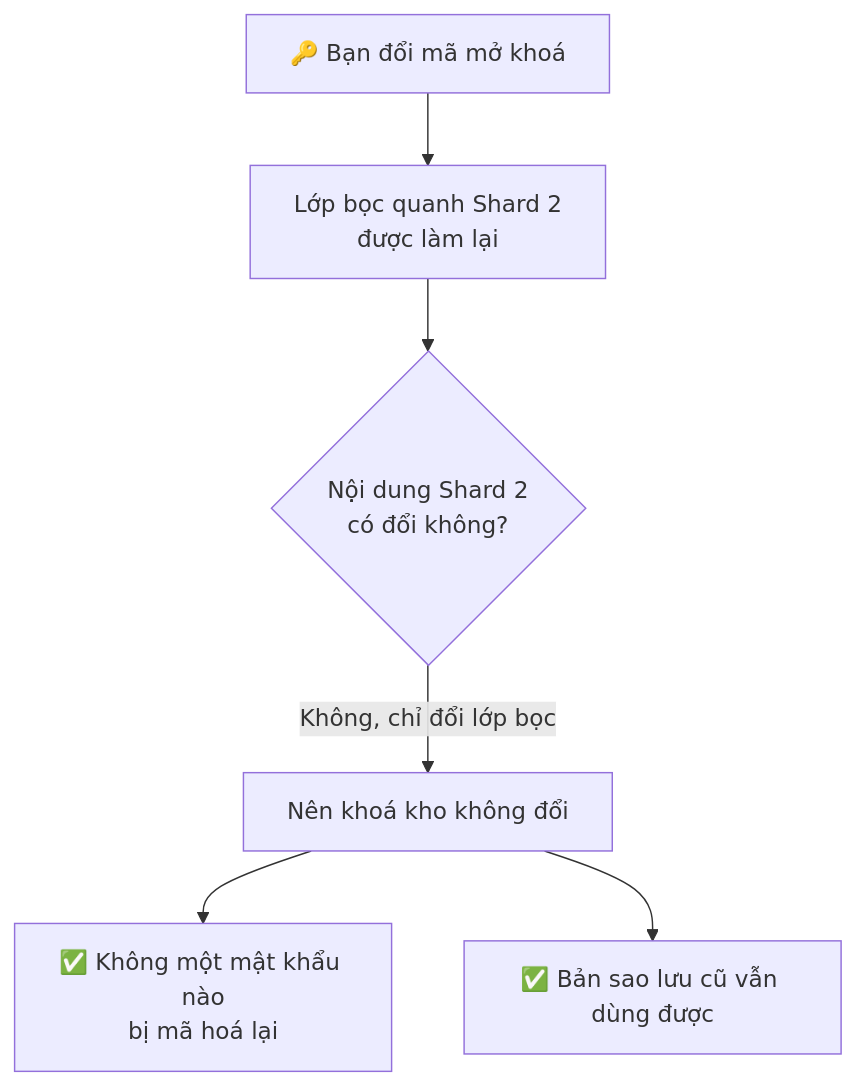
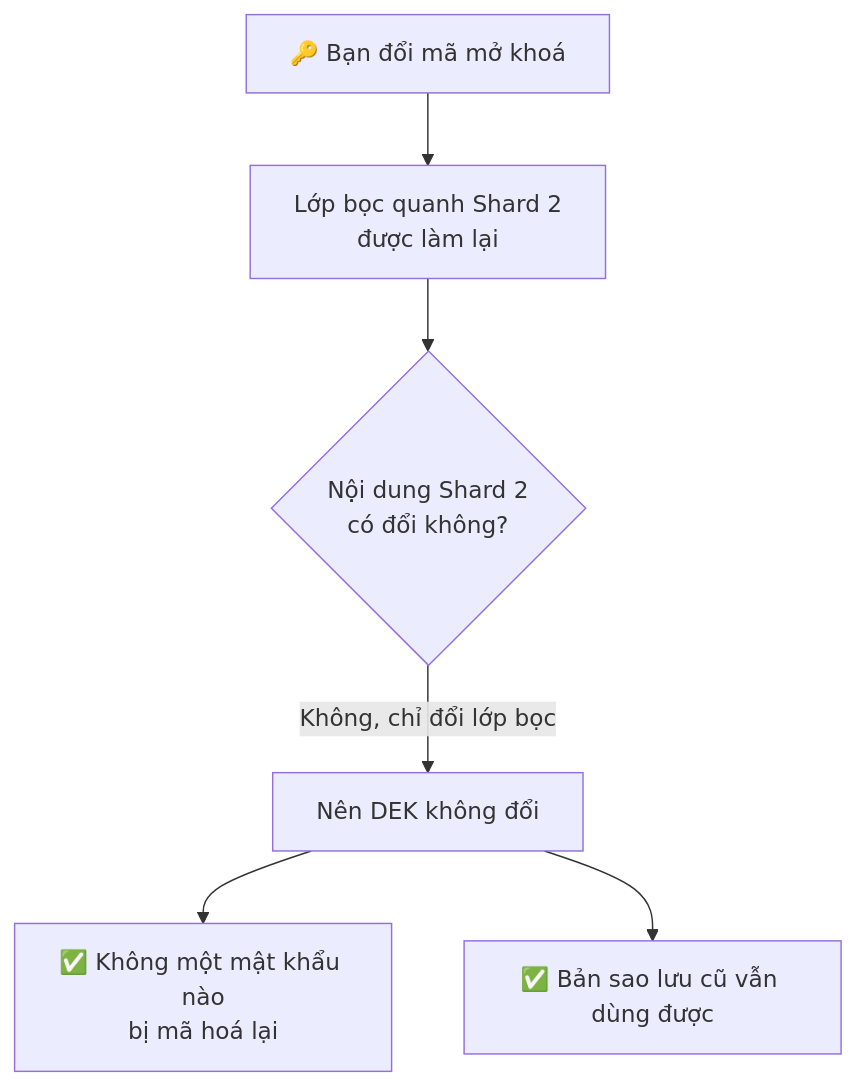
The fourth of 4 diagrams in i18n/vi/docusaurus-plugin-content-docs/current/how-it-works.md (TuPhung369/passwordepic-website), drawn with Mermaid before and after one commit. The commit also changed other lines of this file and 22 other files, not shown here.

````diff
--- a/i18n/vi/docusaurus-plugin-content-docs/current/how-it-works.md
+++ b/i18n/vi/docusaurus-plugin-content-docs/current/how-it-works.md
@@ -122,8 +123,8 @@
 ```mermaid
 flowchart TD
   A["🔑 Bạn đổi mã mở khoá"] --> B["Lớp bọc quanh Shard 2<br/>được làm lại"]
   B --> C{"Nội dung Shard 2<br/>có đổi không?"}
-  C -->|"Không, chỉ đổi lớp bọc"| D["Nên khoá kho không đổi"]
+  C -->|"Không, chỉ đổi lớp bọc"| D["Nên DEK không đổi"]
   D --> E["✅ Không một mật khẩu nào<br/>bị mã hoá lại"]
   D --> F["✅ Bản sao lưu cũ vẫn dùng được"]
 ```
````
